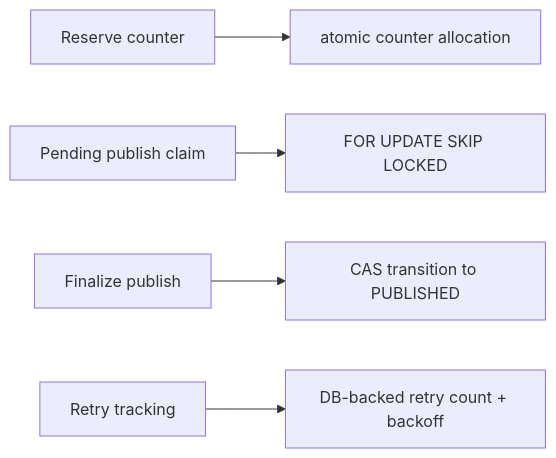
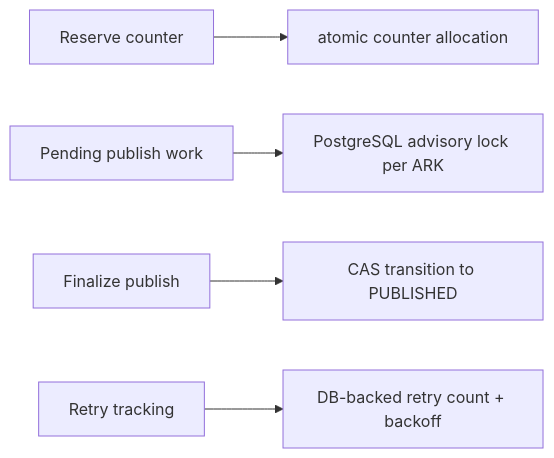
The tenth of 12 diagrams in README.md (LA-Referencia-IOI/dark-core-minter-api), drawn with Mermaid before and after one commit. The commit also changed other lines of this file and 25 other files, not shown here.

````diff
--- a/README.md
+++ b/README.md
@@ -422,7 +429,7 @@
 ```mermaid
 flowchart LR
     A["Reserve counter"] --> B["atomic counter allocation"]
-    C["Pending publish claim"] --> D["FOR UPDATE SKIP LOCKED"]
+    C["Pending publish work"] --> D["PostgreSQL advisory lock per ARK"]
     E["Finalize publish"] --> F["CAS transition to PUBLISHED"]
     G["Retry tracking"] --> H["DB-backed retry count + backoff"]
 ```
````
